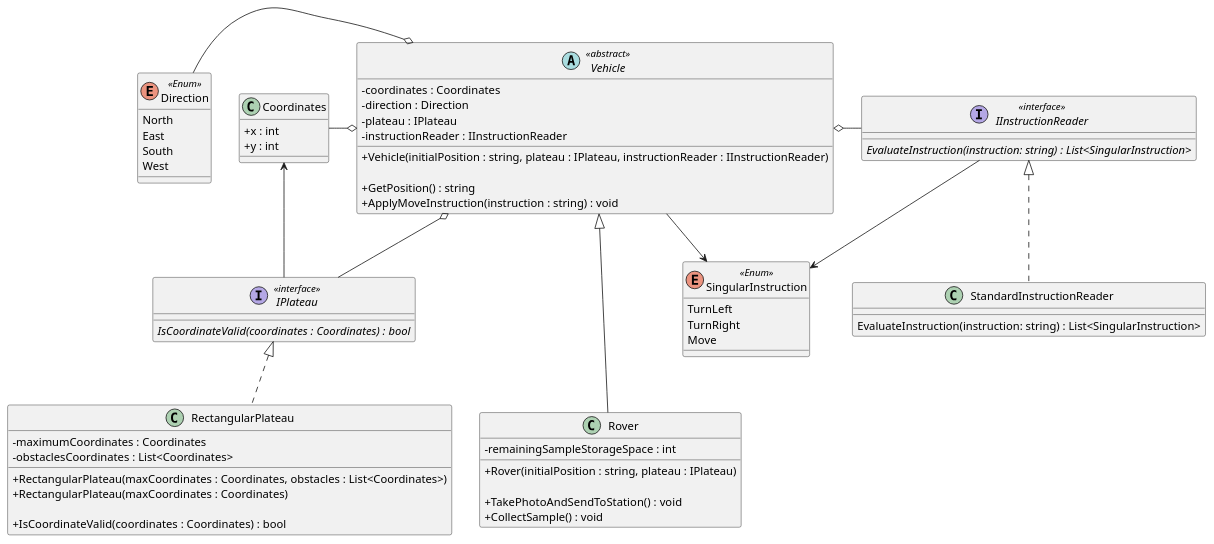
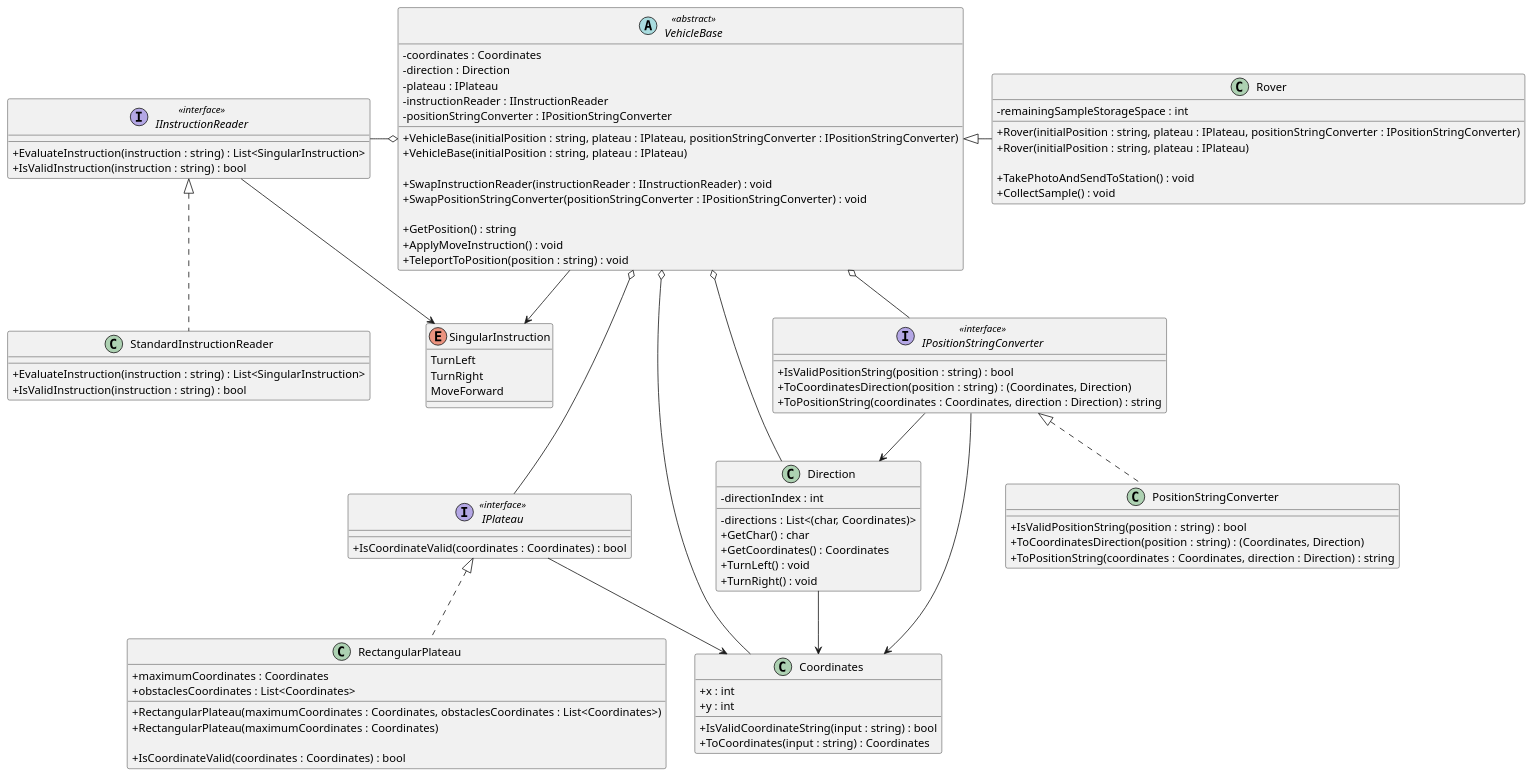
The diagram in puml/MarsRoverChallenge.puml (iamfranco/MarsRoverChallenge), drawn with PlantUML before and after one commit. The commit also changed 1 other file, not shown here.

Commit message:
UML: add interface for instructionReader, use class for Coordinates instead of enum

```diff
--- a/puml/MarsRoverChallenge.puml
+++ b/puml/MarsRoverChallenge.puml
@@ -1,88 +1,124 @@
 @startuml "Mars Rover Challenge"
 skinparam classAttributeIconSize 0
+
+interface IInstructionReader <<interface>>
+{
+  + EvaluateInstruction(instruction : string) : List<SingularInstruction>
+  + IsValidInstruction(instruction : string) : bool
+}
+
+enum SingularInstruction
+{
+  TurnLeft
+  TurnRight
+  MoveForward
+}
+
+class StandardInstructionReader
+{
+  + EvaluateInstruction(instruction : string) : List<SingularInstruction>
+  + IsValidInstruction(instruction : string) : bool
+}
+
+interface IPlateau <<interface>>
+{
+  + IsCoordinateValid(coordinates : Coordinates) : bool
+}
+
+class RectangularPlateau
+{
+  + maximumCoordinates : Coordinates
+  + obstaclesCoordinates : List<Coordinates>
+
+  + RectangularPlateau(maximumCoordinates : Coordinates, obstaclesCoordinates : List<Coordinates>)
+  + RectangularPlateau(maximumCoordinates : Coordinates)
+
+  + IsCoordinateValid(coordinates : Coordinates) : bool
+}
 
 class Coordinates
 {
   + x : int
   + y : int
+
+  + IsValidCoordinateString(input : string) : bool
+  + ToCoordinates(input : string) : Coordinates
 }
 
-Enum Direction <<Enum>>
+class Direction
 {
-  North
-  East
-  South
-  West
+  - directions : List<(char, Coordinates)>
+  - directionIndex : int
+
+  + GetChar() : char
+  + GetCoordinates() : Coordinates
+  + TurnLeft() : void
+  + TurnRight() : void
 }
 
-Enum SingularInstruction <<Enum>>
+interface IPositionStringConverter <<interface>>
 {
-  TurnLeft
-  TurnRight
-  Move
+  + IsValidPositionString(position : string) : bool
+  + ToCoordinatesDirection(position : string) : (Coordinates, Direction)
+  + ToPositionString(coordinates : Coordinates, direction : Direction) : string
 }
 
-interface IPlateau <<interface>>
+class PositionStringConverter
 {
-  {abstract} IsCoordinateValid(coordinates : Coordinates) : bool
+  + IsValidPositionString(position : string) : bool
+  + ToCoordinatesDirection(position : string) : (Coordinates, Direction)
+  + ToPositionString(coordinates : Coordinates, direction : Direction) : string
 }
 
-class RectangularPlateau
-{
-  - maximumCoordinates : Coordinates
-  - obstaclesCoordinates : List<Coordinates>
-  
-  + RectangularPlateau(maxCoordinates : Coordinates, obstacles : List<Coordinates>)
-  + RectangularPlateau(maxCoordinates : Coordinates)
-
-  + IsCoordinateValid(coordinates : Coordinates) : bool
-}
-
-abstract Vehicle <<abstract>>
+abstract VehicleBase <<abstract>>
 {
   - coordinates : Coordinates
   - direction : Direction
   - plateau : IPlateau
   - instructionReader : IInstructionReader
+  - positionStringConverter : IPositionStringConverter
 
-  + Vehicle(initialPosition : string, plateau : IPlateau, instructionReader : IInstructionReader)
+  + VehicleBase(initialPosition : string, plateau : IPlateau, positionStringConverter : IPositionStringConverter)
+  + VehicleBase(initialPosition : string, plateau : IPlateau)
 
+  + SwapInstructionReader(instructionReader : IInstructionReader) : void
+  + SwapPositionStringConverter(positionStringConverter : IPositionStringConverter) : void
+  
   + GetPosition() : string
-  + ApplyMoveInstruction(instruction : string) : void
+  + ApplyMoveInstruction() : void
+  + TeleportToPosition(position : string) : void
 }
 
 class Rover
 {
   - remainingSampleStorageSpace : int
 
+  + Rover(initialPosition : string, plateau : IPlateau, positionStringConverter : IPositionStringConverter)
   + Rover(initialPosition : string, plateau : IPlateau)
 
   + TakePhotoAndSendToStation() : void
   + CollectSample() : void
 }
 
-interface IInstructionReader <<interface>>
-{
-  {abstract} EvaluateInstruction(instruction: string) : List<SingularInstruction>
-}
-
-class StandardInstructionReader
-{
-  EvaluateInstruction(instruction: string) : List<SingularInstruction>
-}
-
-Vehicle <|--- Rover
+IInstructionReader -> SingularInstruction
+IInstructionReader <|.. StandardInstructionReader 
 IPlateau <|.. RectangularPlateau
 
-Vehicle o-l- Coordinates 
-Vehicle o-l- Direction
-Vehicle o-- IPlateau
-Vehicle o-r- IInstructionReader
+IPositionStringConverter <|.. PositionStringConverter
 
-Coordinates <-- IPlateau 
+VehicleBase <|-r- Rover
 
-IInstructionReader <|.. StandardInstructionReader
-IInstructionReader --> SingularInstruction
-Vehicle --> SingularInstruction
+IPlateau --> Coordinates
+Direction --> Coordinates
+IPositionStringConverter --> Coordinates
+IPositionStringConverter --> Direction
+
+VehicleBase o-- Coordinates
+VehicleBase o-- Direction
+VehicleBase o--- IPlateau
+VehicleBase o-l IInstructionReader
+VehicleBase o-- IPositionStringConverter
+
+VehicleBase --> SingularInstruction
 
 @enduml
```
